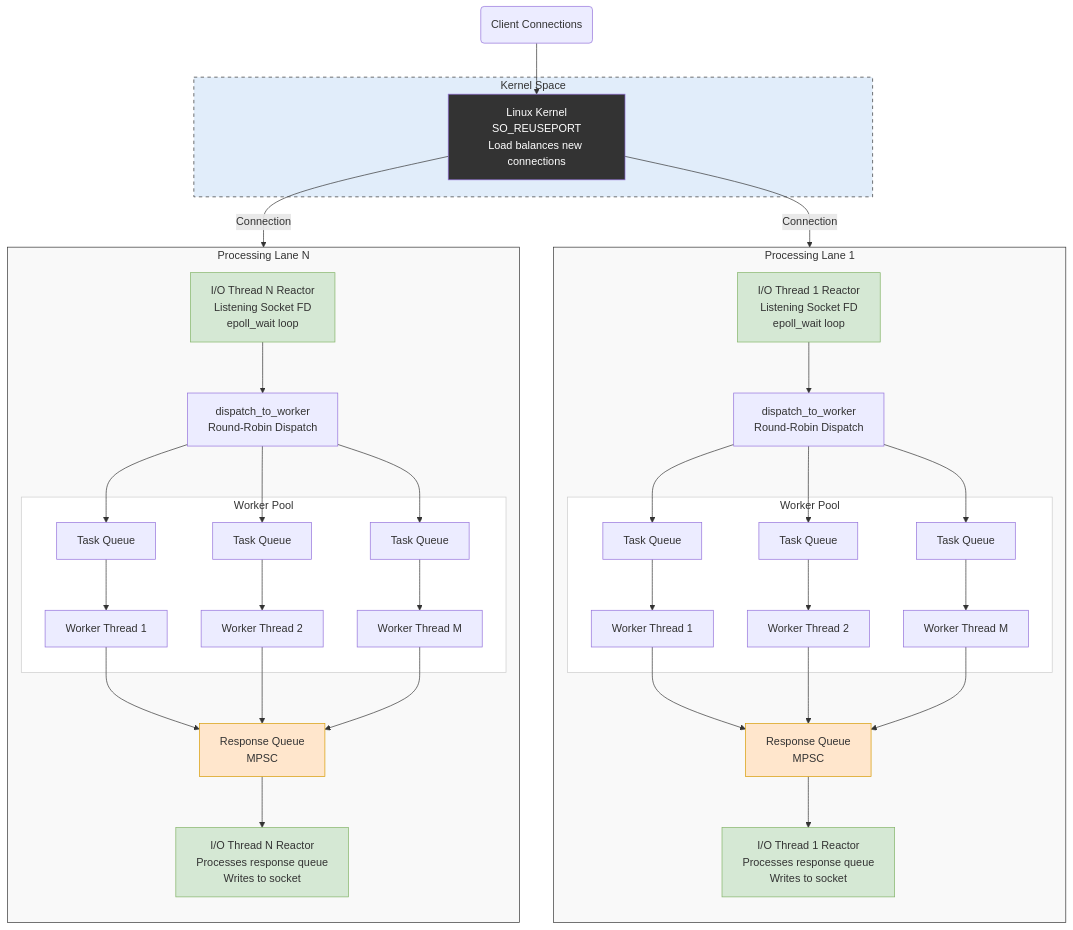
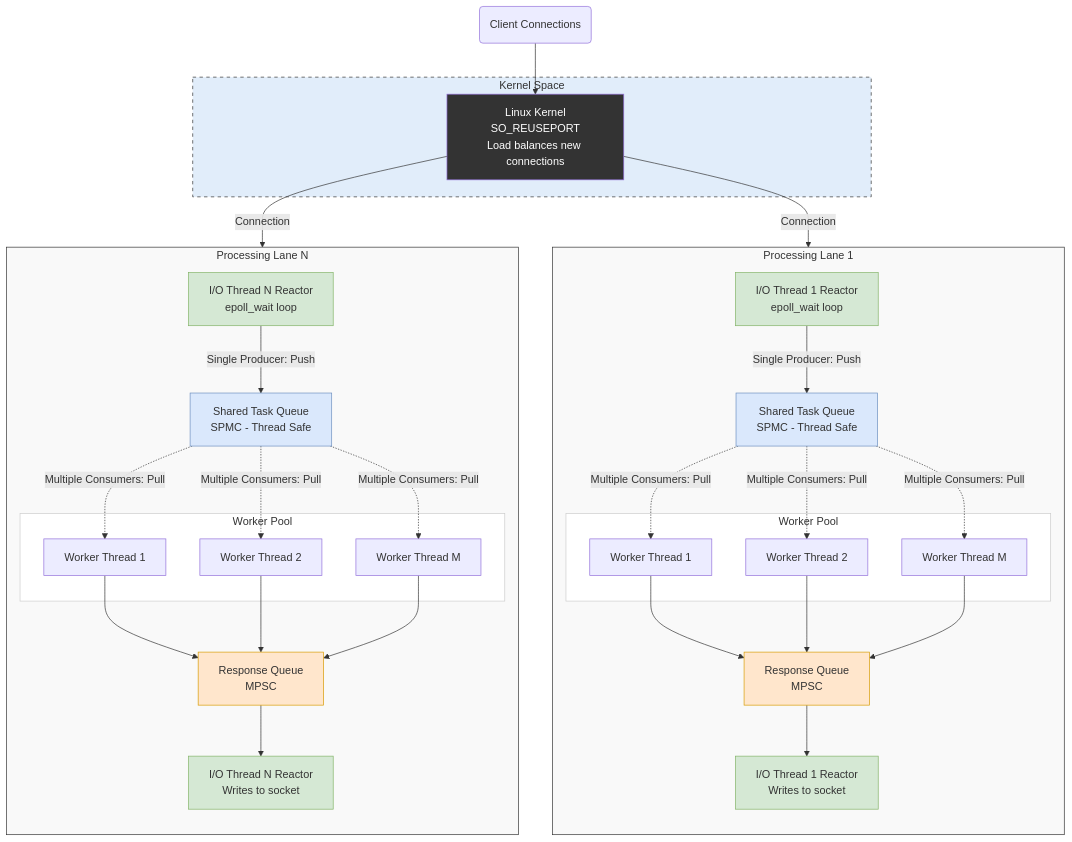
One commit to cppservergit/apiserver2 changed the first of 2 diagrams in readme.md. Above: the diagram before and after it, drawn with Mermaid.

Commit message:
sonarcloud issues fixed

```diff
--- a/readme.md
+++ b/readme.md
@@ -11,10 +11,8 @@
         style Kernel fill:#333,color:#fff
     end
 
-    %% Connection to Reactor 1 Lane
+    %% Connections to Lanes
     Kernel -->|Connection| R1_Top
-
-    %% Connection to Reactor N Lane
     Kernel -->|Connection| RN_Top
 
     %% ==========================================
@@ -24,27 +22,26 @@
         direction TB
         style Lane1 fill:#f9f9f9,stroke:#333
 
-        R1_Top[I/O Thread 1 Reactor<br/>Listening Socket FD<br/>epoll_wait loop]
+        R1_Top[I/O Thread 1 Reactor<br/>epoll_wait loop]
         style R1_Top fill:#d5e8d4,stroke:#82b366
 
-        R1_Dispatch[dispatch_to_worker<br/>Round-Robin Dispatch]
+        R1_SharedQ[Shared Task Queue<br/>SPMC - Thread Safe]
+        style R1_SharedQ fill:#dae8fc,stroke:#6c8ebf
         
-        R1_Top --> R1_Dispatch
+        R1_Top -->|Single Producer: Push| R1_SharedQ
 
-        %% Queues and Workers
         subgraph R1_Pool [Worker Pool]
             style R1_Pool fill:#fff,stroke:#ccc
-            
-            R1_Q1[Task Queue] --> R1_W1[Worker Thread 1]
-            R1_Q2[Task Queue] --> R1_W2[Worker Thread 2]
-            R1_QM[Task Queue] --> R1_WM[Worker Thread M]
+            R1_W1[Worker Thread 1]
+            R1_W2[Worker Thread 2]
+            R1_WM[Worker Thread M]
         end
 
-        R1_Dispatch --> R1_Q1
-        R1_Dispatch --> R1_Q2
-        R1_Dispatch --> R1_QM
+        %% Workers pulling from the single queue
+        R1_SharedQ -.->|Multiple Consumers: Pull| R1_W1
+        R1_SharedQ -.->|Multiple Consumers: Pull| R1_W2
+        R1_SharedQ -.->|Multiple Consumers: Pull| R1_WM
 
-        %% Response Queue aggregation
         R1_RespQ[Response Queue<br/>MPSC]
         style R1_RespQ fill:#ffe6cc,stroke:#d79b00
 
@@ -52,8 +49,7 @@
         R1_W2 --> R1_RespQ
         R1_WM --> R1_RespQ
 
-        %% Back to IO Thread for writing
-        R1_Bot[I/O Thread 1 Reactor<br/>Processes response queue<br/>Writes to socket]
+        R1_Bot[I/O Thread 1 Reactor<br/>Writes to socket]
         style R1_Bot fill:#d5e8d4,stroke:#82b366
 
         R1_RespQ --> R1_Bot
@@ -66,27 +62,25 @@
         direction TB
         style LaneN fill:#f9f9f9,stroke:#333
 
-        RN_Top[I/O Thread N Reactor<br/>Listening Socket FD<br/>epoll_wait loop]
+        RN_Top[I/O Thread N Reactor<br/>epoll_wait loop]
         style RN_Top fill:#d5e8d4,stroke:#82b366
 
-        RN_Dispatch[dispatch_to_worker<br/>Round-Robin Dispatch]
-        
-        RN_Top --> RN_Dispatch
+        RN_SharedQ[Shared Task Queue<br/>SPMC - Thread Safe]
+        style RN_SharedQ fill:#dae8fc,stroke:#6c8ebf
 
-        %% Queues and Workers
+        RN_Top -->|Single Producer: Push| RN_SharedQ
+
         subgraph RN_Pool [Worker Pool]
             style RN_Pool fill:#fff,stroke:#ccc
-            
-            RN_Q1[Task Queue] --> RN_W1[Worker Thread 1]
-            RN_Q2[Task Queue] --> RN_W2[Worker Thread 2]
-            RN_QM[Task Queue] --> RN_WM[Worker Thread M]
+            RN_W1[Worker Thread 1]
+            RN_W2[Worker Thread 2]
+            RN_WM[Worker Thread M]
         end
 
-        RN_Dispatch --> RN_Q1
-        RN_Dispatch --> RN_Q2
-        RN_Dispatch --> RN_QM
+        RN_SharedQ -.->|Multiple Consumers: Pull| RN_W1
+        RN_SharedQ -.->|Multiple Consumers: Pull| RN_W2
+        RN_SharedQ -.->|Multiple Consumers: Pull| RN_WM
 
-        %% Response Queue aggregation
         RN_RespQ[Response Queue<br/>MPSC]
         style RN_RespQ fill:#ffe6cc,stroke:#d79b00
 
@@ -94,8 +88,7 @@
         RN_W2 --> RN_RespQ
         RN_WM --> RN_RespQ
 
-        %% Back to IO Thread for writing
-        RN_Bot[I/O Thread N Reactor<br/>Processes response queue<br/>Writes to socket]
+        RN_Bot[I/O Thread N Reactor<br/>Writes to socket]
         style RN_Bot fill:#d5e8d4,stroke:#82b366
 
         RN_RespQ --> RN_Bot
```
